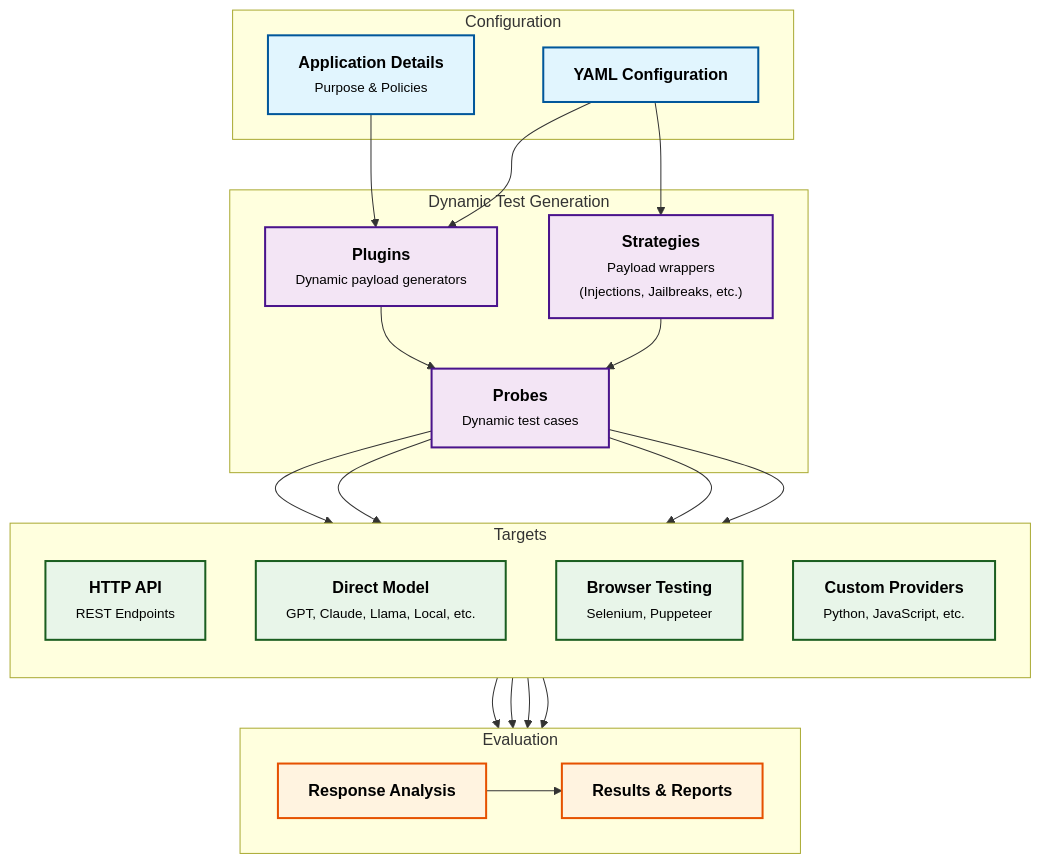
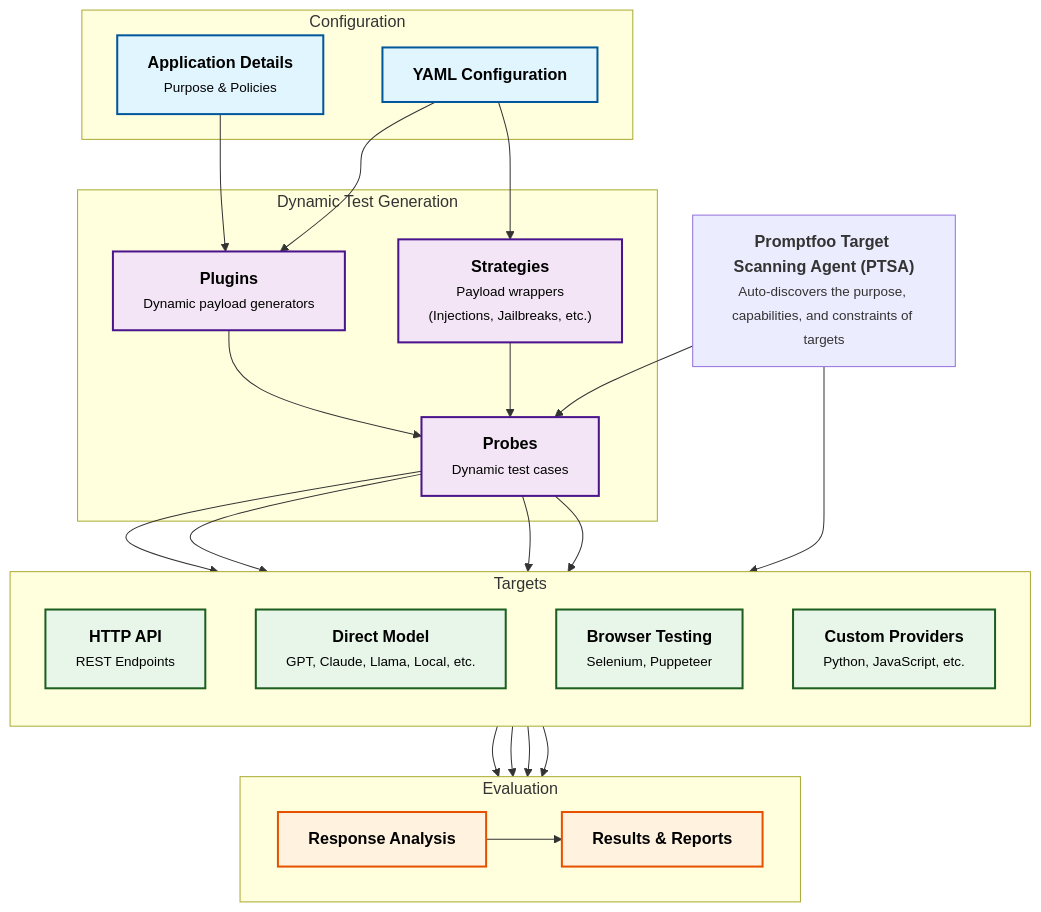
Before and after one commit to promptfoo/promptfoo: the diagram in site/docs/red-team/architecture.md, drawn with Mermaid. The commit also changed other lines of this file and 9 other files, not shown here.

```diff
--- a/site/docs/red-team/architecture.md
+++ b/site/docs/red-team/architecture.md
@@ -29,6 +29,8 @@
 }}%%
 
 graph TB
+    PTSA["<strong>Promptfoo Target Scanning Agent (PTSA)</strong><br/><small>Auto-discovers the purpose, capabilities, and constraints of targets</small>"]
+
     %% Configuration Layer
     subgraph Configuration
         Purpose["<strong>Application Details</strong><br/><small>Purpose & Policies</small>"]
@@ -64,6 +66,9 @@
 
     Plugins --> Probes
     Strategies --> Probes
+
+    PTSA --> Targets
+    PTSA --> Probes
 
     Probes --> API
     Probes --> Model
```
